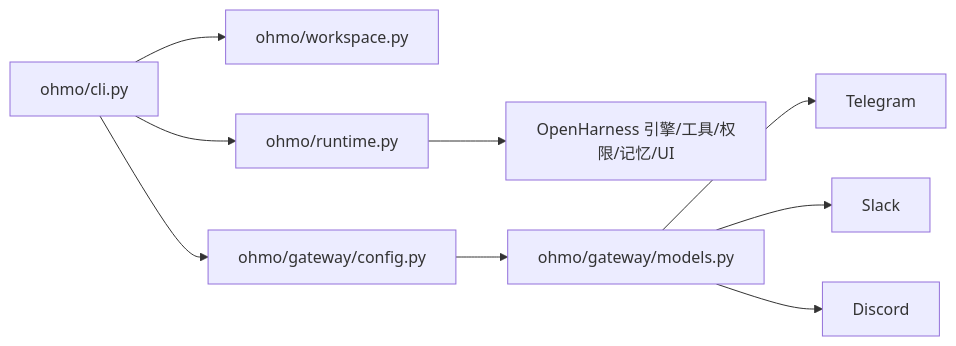
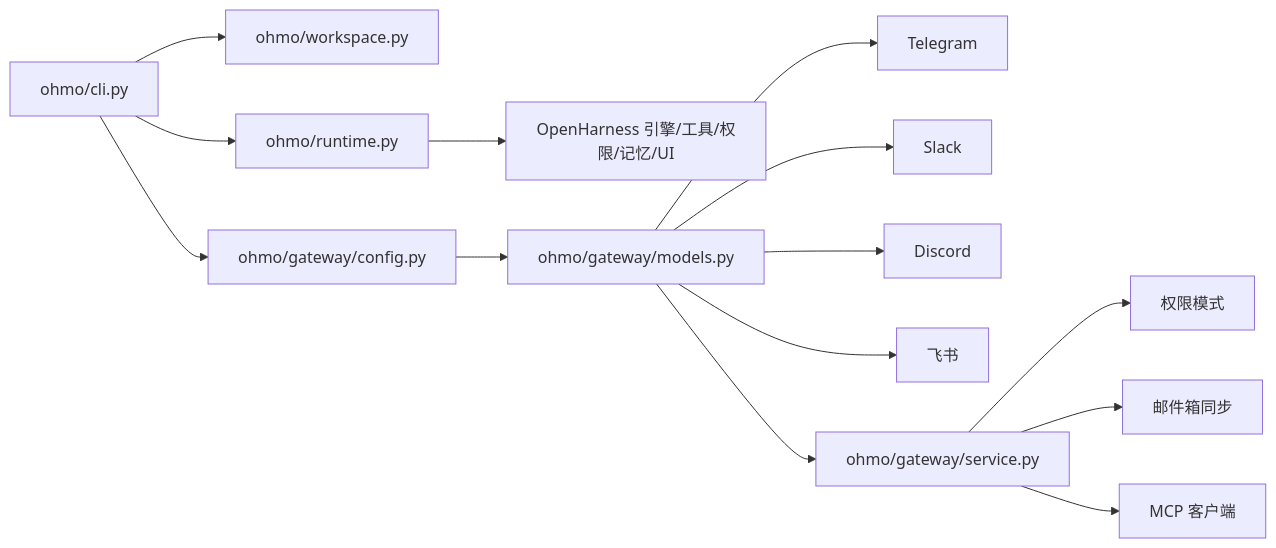
Diagram 12 of 12 in .qoder/repowiki/zh/content/ohmo 个人代理/ohmo 个人代理.md (haolange/OpenHarness), drawn with Mermaid before and after one commit. The commit also changed other lines of this file and 5 other files, not shown here.

````diff
--- a/.qoder/repowiki/zh/content/ohmo 个人代理/ohmo 个人代理.md
+++ b/.qoder/repowiki/zh/content/ohmo 个人代理/ohmo 个人代理.md
@@ -365,11 +461,16 @@
 ```mermaid
 graph LR
 CLI["ohmo/cli.py"] --> WS["ohmo/workspace.py"]
 CLI --> RT["ohmo/runtime.py"]
 CLI --> GWCFG["ohmo/gateway/config.py"]
 RT --> CORE["OpenHarness 引擎/工具/权限/记忆/UI"]
 GWCFG --> GWMDL["ohmo/gateway/models.py"]
 GWMDL --> TG["Telegram"]
 GWMDL --> SL["Slack"]
 GWMDL --> DC["Discord"]
+GWMDL --> FS["飞书"]
+GWMDL --> GWSRV["ohmo/gateway/service.py"]
+GWSRV --> PERM["权限模式"]
+GWSRV --> MAILBOX["邮件箱同步"]
+GWSRV --> MCP["MCP 客户端"]
 ```
````
